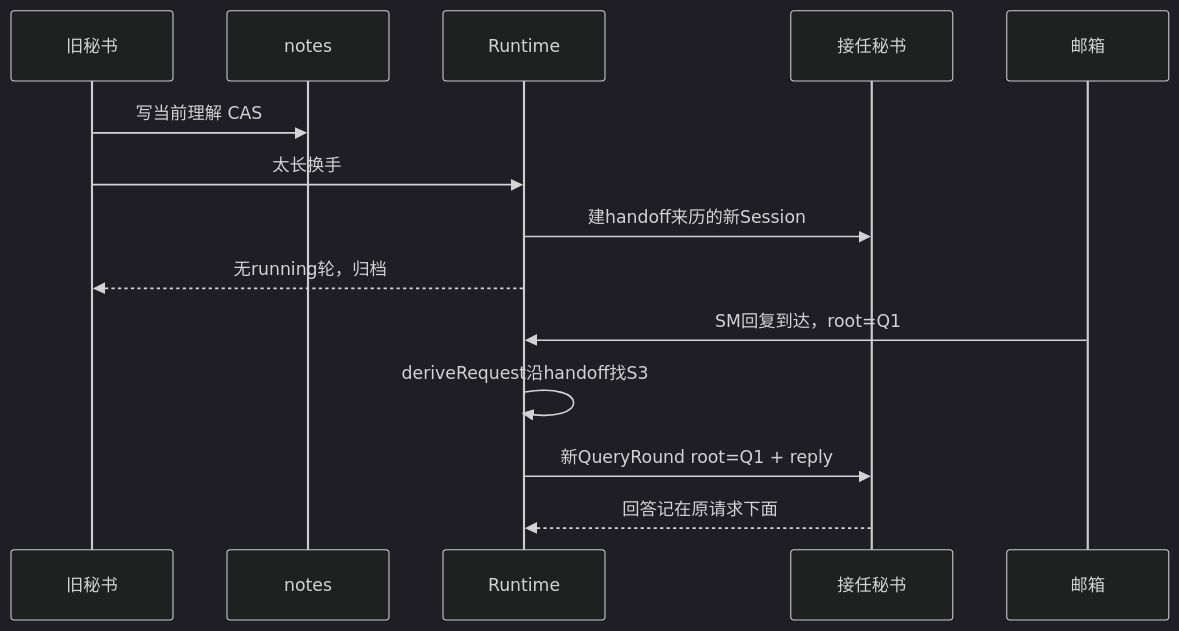
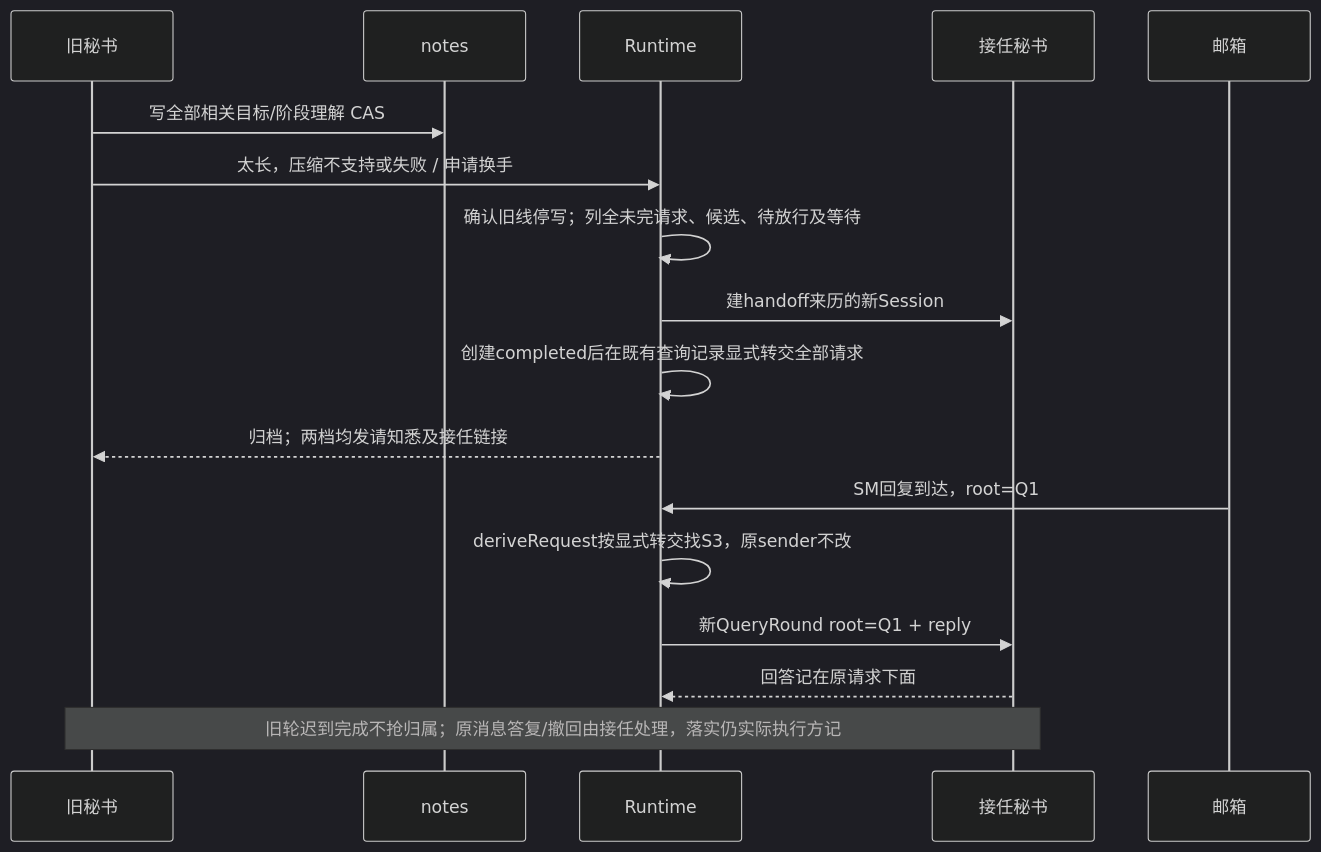
Before and after one commit to hk865/coding-platform: diagram 14 of 24 in docs/refactor/design/orchestration-2026-10/model/DIAGRAMS.md, drawn with Mermaid (dark theme). The commit also changed other lines of this file and 1 other file, not shown here.

First line of the commit message:
docs: freeze the wiring-2 spec (U1 = 甲, L10–L12, test-driven section 5) and bring DIAGRAMS up to decisions 42–49

````diff
--- a/docs/refactor/design/orchestration-2026-10/model/DIAGRAMS.md
+++ b/docs/refactor/design/orchestration-2026-10/model/DIAGRAMS.md
@@ -333,16 +513,19 @@
 ```mermaid
 sequenceDiagram
   participant S1 as 旧秘书
   participant N as notes
   participant RT as Runtime
   participant S3 as 接任秘书
   participant M as 邮箱
-  S1->>N: 写当前理解 CAS
-  S1->>RT: 太长换手
+  S1->>N: 写全部相关目标/阶段理解 CAS
+  S1->>RT: 太长，压缩不支持或失败 / 申请换手
+  RT->>RT: 确认旧线停写；列全未完请求、候选、待放行及等待
   RT->>S3: 建handoff来历的新Session
-  RT-->>S1: 无running轮，归档
+  RT->>RT: 创建completed后在既有查询记录显式转交全部请求
+  RT-->>S1: 归档；两档均发请知悉及接任链接
   M->>RT: SM回复到达，root=Q1
-  RT->>RT: deriveRequest沿handoff找S3
+  RT->>RT: deriveRequest按显式转交找S3，原sender不改
   RT->>S3: 新QueryRound root=Q1 + reply
   S3-->>RT: 回答记在原请求下面
+  Note over S1,S3: 旧轮迟到完成不抢归属；原消息答复/撤回由接任处理，落实仍实际执行方记
 ```
````
